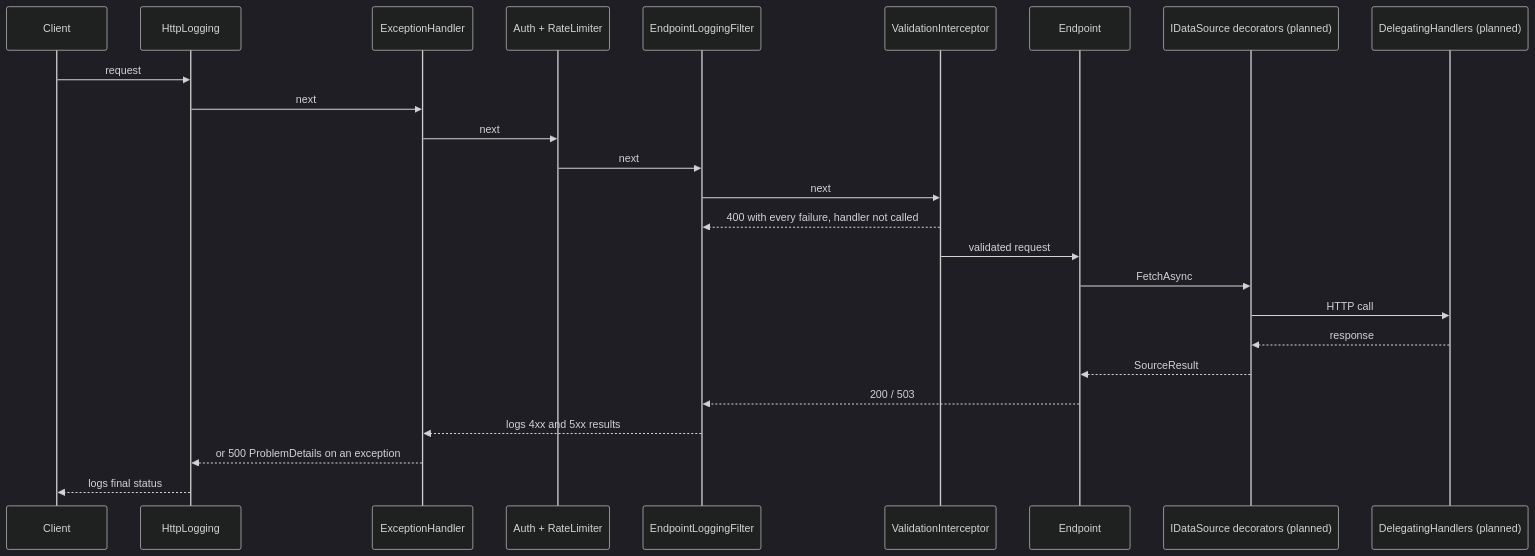
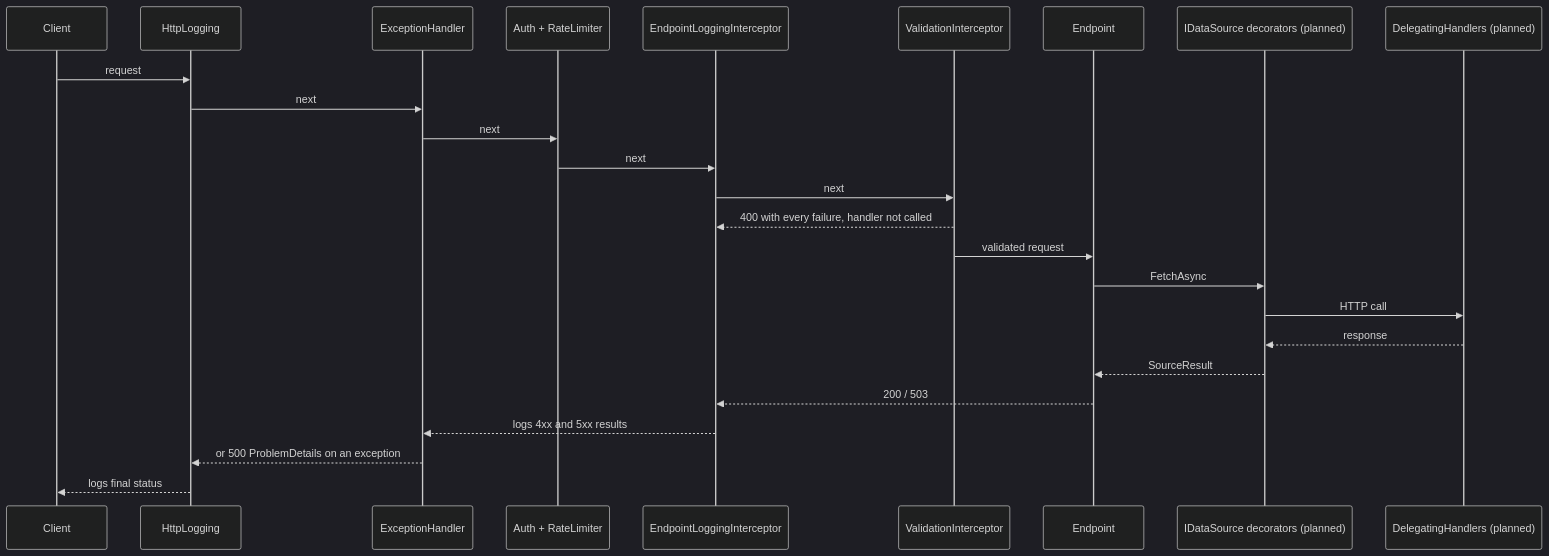
Before and after one commit to gokcekuvandik/api-aggregator: the diagram in README.md, drawn with Mermaid (dark theme). The commit also changed other lines of this file and 3 other files, not shown here.

First line of the commit message:
refactor: rename EndpointLoggingFilter to EndpointLoggingInterceptor

````diff
--- a/README.md
+++ b/README.md
@@ -177,27 +177,27 @@
 ```mermaid
 sequenceDiagram
     participant C as Client
     participant L as HttpLogging
     participant E as ExceptionHandler
     participant A as Auth + RateLimiter
-    participant F as EndpointLoggingFilter
+    participant F as EndpointLoggingInterceptor
     participant V as ValidationInterceptor
     participant H as Endpoint
     participant S as IDataSource decorators (planned)
     participant D as DelegatingHandlers (planned)
     C->>L: request
     L->>E: next
     E->>A: next
     A->>F: next
     F->>V: next
     V-->>F: 400 with every failure, handler not called
     V->>H: validated request
     H->>S: FetchAsync
     S->>D: HTTP call
     D-->>S: response
     S-->>H: SourceResult
     H-->>F: 200 / 503
     F-->>E: logs 4xx and 5xx results
     E-->>L: or 500 ProblemDetails on an exception
     L-->>C: logs final status
 ```
````
